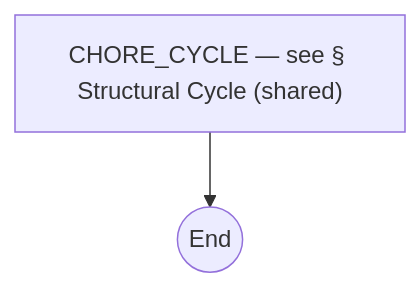
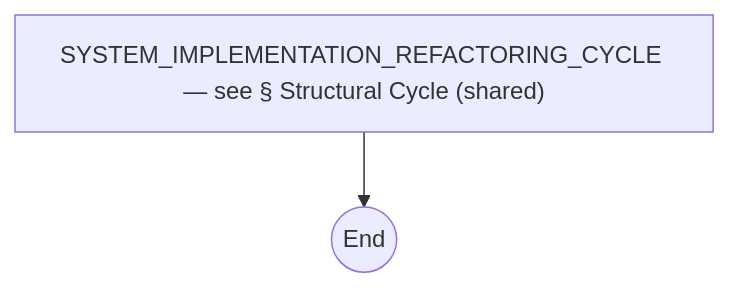
One commit to optivem/gh-optivem changed diagram 17 of 17 in docs/process-diagram.md. Above: the diagram before and after it, drawn with Mermaid. The commit also changed other lines of this file and 60 other files, not shown here.

````diff
--- a/docs/process-diagram.md
+++ b/docs/process-diagram.md
@@ -489,7 +489,7 @@
 ```mermaid
 flowchart TD
-    CHORE_CYCLE["CHORE_CYCLE — see § Structural Cycle (shared)"]
+    SYSTEM_IMPLEMENTATION_REFACTORING_CYCLE["SYSTEM_IMPLEMENTATION_REFACTORING_CYCLE — see § Structural Cycle (shared)"]
     SUT_END((End))
 
-    CHORE_CYCLE --> SUT_END
+    SYSTEM_IMPLEMENTATION_REFACTORING_CYCLE --> SUT_END
 ```
````
